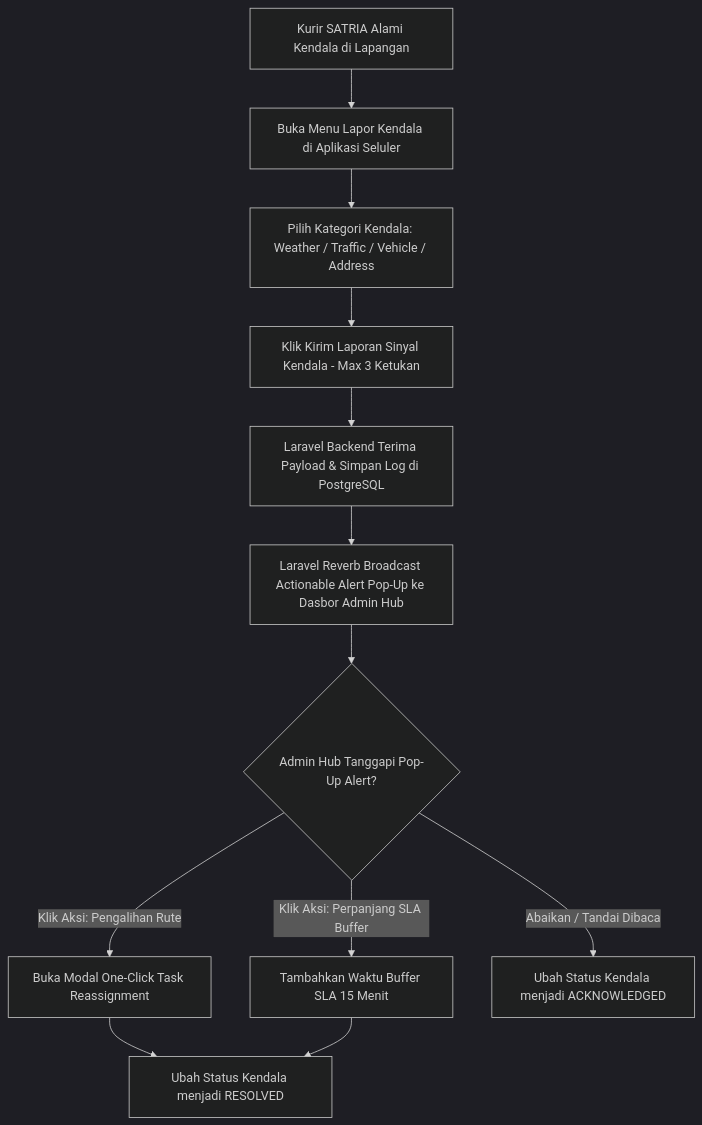
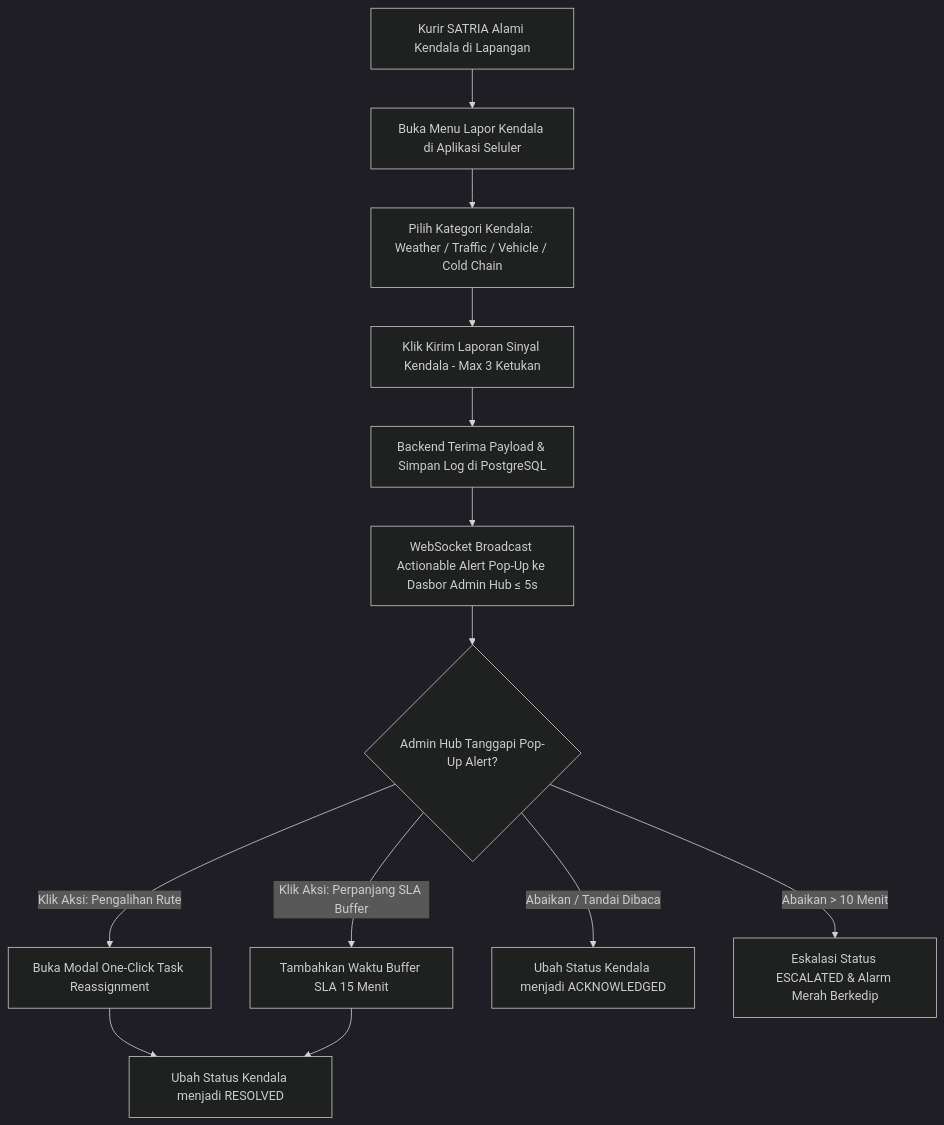
The diagram in docs/frd/FRD-04-quick-incident-reporting.md (Ampasan/anteraja-capstone-naufalrakanramadhan), drawn with Mermaid (dark theme) before and after one commit. The commit also changed other lines of this file and 6 other files, not shown here.

````diff
--- a/docs/frd/FRD-04-quick-incident-reporting.md
+++ b/docs/frd/FRD-04-quick-incident-reporting.md
@@ -21,14 +23,15 @@
 ```mermaid
 graph TD
     A[Kurir SATRIA Alami Kendala di Lapangan] --> B[Buka Menu Lapor Kendala di Aplikasi Seluler]
-    B --> C[Pilih Kategori Kendala: Weather / Traffic / Vehicle / Address]
+    B --> C[Pilih Kategori Kendala: Weather / Traffic / Vehicle / Cold Chain]
     C --> D[Klik Kirim Laporan Sinyal Kendala - Max 3 Ketukan]
-    D --> E[Laravel Backend Terima Payload & Simpan Log di PostgreSQL]
-    E --> F[Laravel Reverb Broadcast Actionable Alert Pop-Up ke Dasbor Admin Hub]
+    D --> E[Backend Terima Payload & Simpan Log di PostgreSQL]
+    E --> F[WebSocket Broadcast Actionable Alert Pop-Up ke Dasbor Admin Hub ≤ 5s]
     F --> G{Admin Hub Tanggapi Pop-Up Alert?}
     G -- "Klik Aksi: Pengalihan Rute" --> H[Buka Modal One-Click Task Reassignment]
     G -- "Klik Aksi: Perpanjang SLA Buffer" --> I[Tambahkan Waktu Buffer SLA 15 Menit]
     G -- "Abaikan / Tandai Dibaca" --> J[Ubah Status Kendala menjadi ACKNOWLEDGED]
-    H --> K[Ubah Status Kendala menjadi RESOLVED]
-    I --> K
+    G -- "Abaikan > 10 Menit" --> K[Eskalasi Status ESCALATED & Alarm Merah Berkedip]
+    H --> L[Ubah Status Kendala menjadi RESOLVED]
+    I --> L
 ```
````
